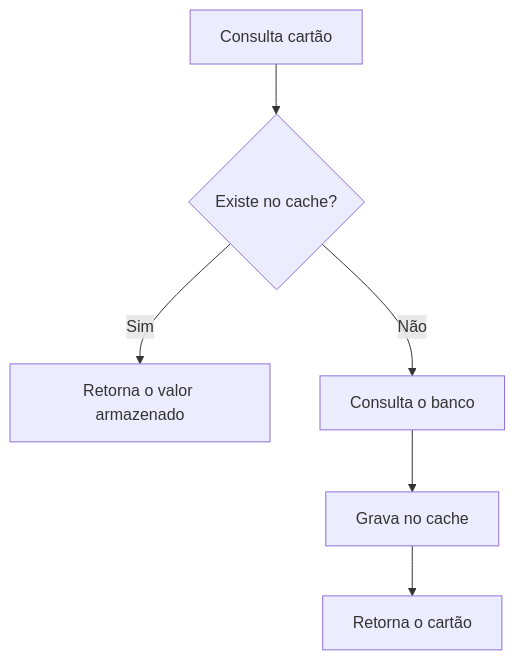
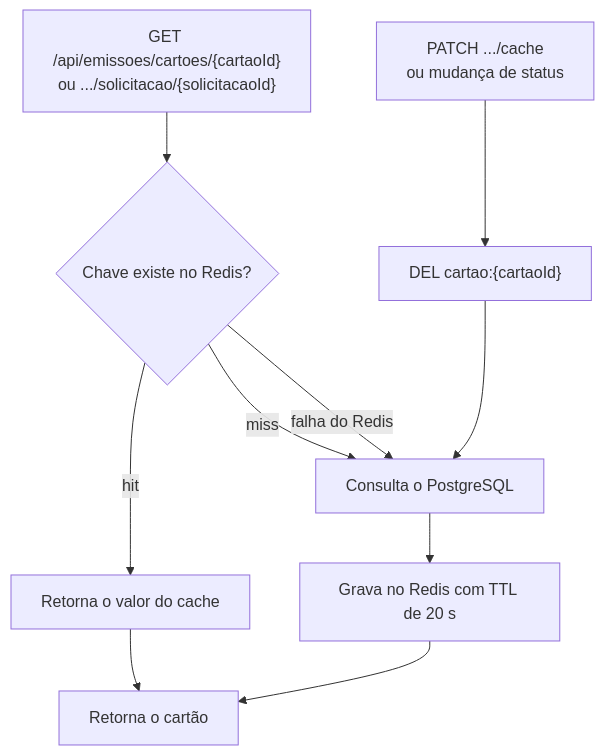
The fifth of 5 diagrams in projeto-final-contratacao-cartao.md (projeto-caixa-ada/gerador-cartao), drawn with Mermaid before and after one commit. The commit also changed other lines of this file and 1 other file, not shown here.

Commit message:
docs: Update project documentation to reflect current implementation and clarify event flow for card issuance

````diff
--- a/projeto-final-contratacao-cartao.md
+++ b/projeto-final-contratacao-cartao.md
@@ -236,8 +327,12 @@
 ```mermaid
 flowchart TD
-    A[Consulta cartão] --> B{Existe no cache?}
-    B -- Sim --> C[Retorna o valor armazenado]
-    B -- Não --> D[Consulta o banco]
-    D --> E[Grava no cache]
-    E --> F[Retorna o cartão]
+    A["GET /api/emissoes/cartoes/{cartaoId}<br/>ou .../solicitacao/{solicitacaoId}"] --> B{"Chave existe no Redis?"}
+    B -->|"hit"| C["Retorna o valor do cache"]
+    B -->|"miss"| D["Consulta o PostgreSQL"]
+    B -->|"falha do Redis"| D
+    D --> E["Grava no Redis com TTL de 20 s"]
+    E --> F["Retorna o cartão"]
+    C --> F
+    G["PATCH .../cache<br/>ou mudança de status"] --> H["DEL cartao:{cartaoId}"]
+    H --> D
 ```
````
